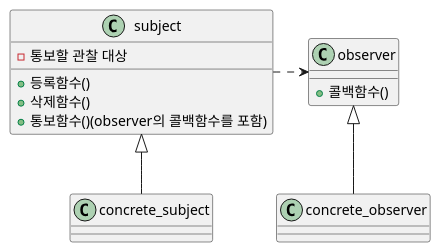
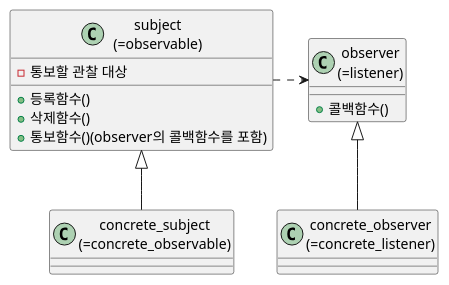
Before and after one commit to cocobo2369/DesignPattern: the diagram in pattern_observer/uml_observer.puml, drawn with PlantUML. The commit also changed 1 other file, not shown here.

Commit message:
observer pattern 내용보강

```diff
--- a/pattern_observer/uml_observer.puml
+++ b/pattern_observer/uml_observer.puml
@@ -1,16 +1,16 @@
 @startuml "observer pattern"
-class subject{
+class "subject\n(=observable)"{
 - 통보할 관찰 대상
 + 등록함수()
 + 삭제함수()
 + 통보함수()(observer의 콜백함수를 포함)
 }
-class observer{
+class "observer\n(=listener)"{
     +콜백함수()
 }
-subject .right.> observer
+"subject\n(=observable)" .right.> "observer\n(=listener)"
 
-concrete_subject -up-|> subject
-concrete_observer -up-|> observer
+"concrete_subject\n(=concrete_observable)" -up-|> "subject\n(=observable)"
+"concrete_observer\n(=concrete_listener)" -up-|> "observer\n(=listener)"
 
 @enduml
```
